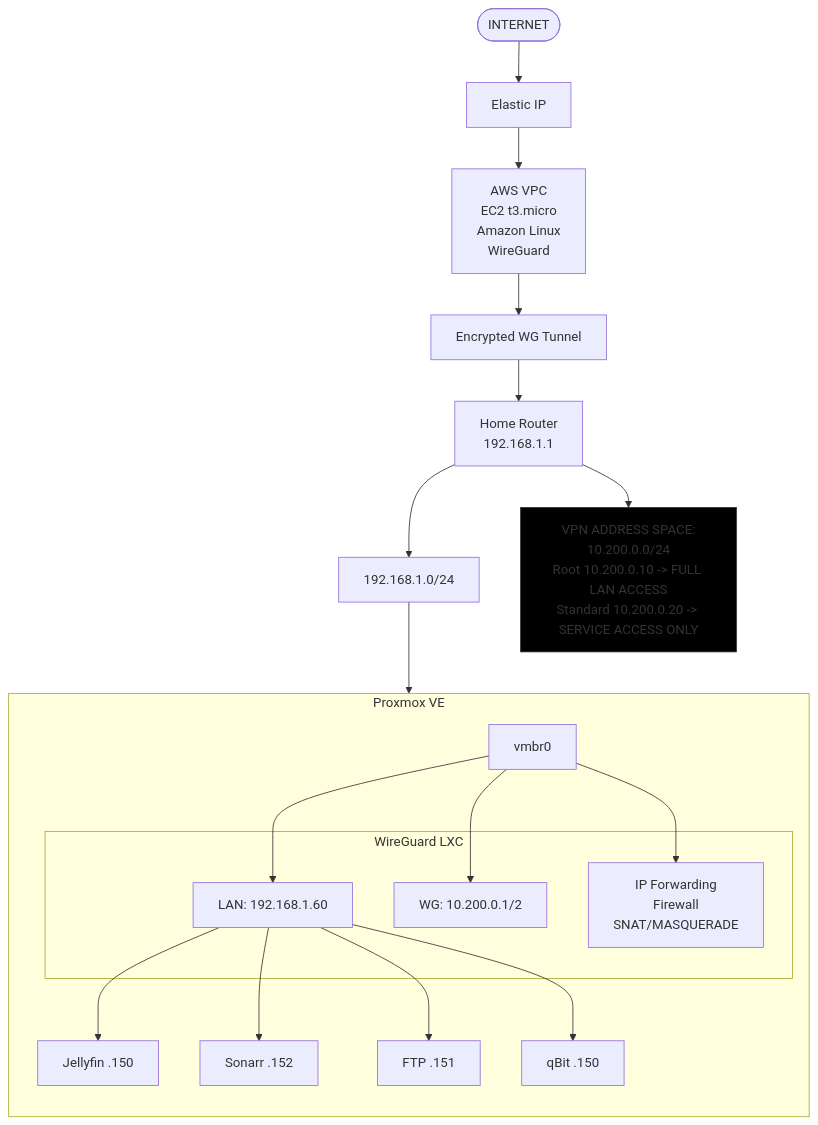
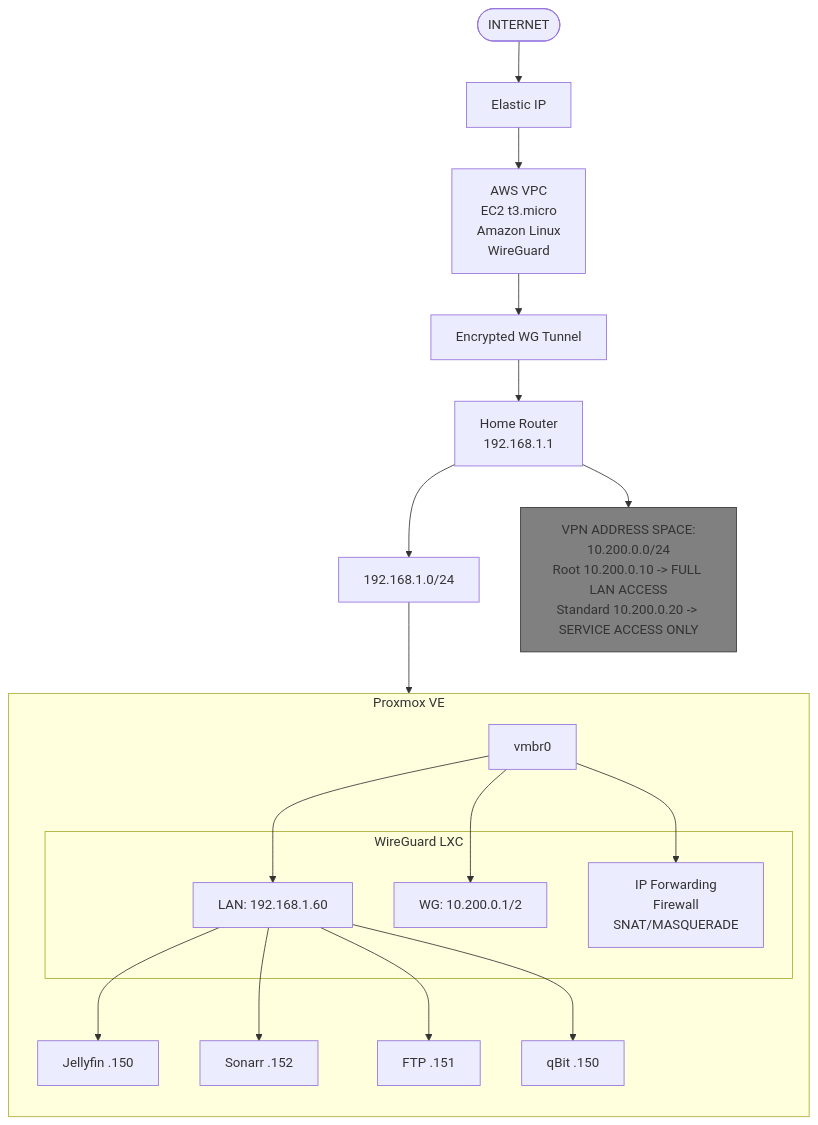
The second of 6 diagrams in Homelab VPN/homelab-vpn-hld-lld.md (devarshinichite/aws-cloud-journey), drawn with Mermaid before and after one commit.

Commit message:
HOMELAB VPN

````diff
--- a/Homelab VPN/homelab-vpn-hld-lld.md
+++ b/Homelab VPN/homelab-vpn-hld-lld.md
@@ -224,31 +224,31 @@
 ```mermaid
 flowchart TB
     Internet([INTERNET]) --> ElasticIP["Elastic IP"]
     ElasticIP --> EC2["AWS VPC\nEC2 t3.micro\nAmazon Linux\nWireGuard"]
     EC2 --> Tunnel["Encrypted WG Tunnel"]
     Tunnel --> Router["Home Router\n192.168.1.1"]
     Router --> LAN["192.168.1.0/24"]
 
     subgraph Proxmox [Proxmox VE]
         direction TB
         vmbr0["vmbr0"]
         subgraph WG_LXC [WireGuard LXC]
             WG_LXC_LAN["LAN: 192.168.1.60"]
             WG_LXC_WG["WG: 10.200.0.1/2"]
             WG_LXC_FW["IP Forwarding\nFirewall\nSNAT/MASQUERADE"]
         end
         vmbr0 --> WG_LXC_LAN
         vmbr0 --> WG_LXC_WG
         vmbr0 --> WG_LXC_FW
         WG_LXC_LAN --> Jellyfin["Jellyfin .150"]
         WG_LXC_LAN --> Sonarr["Sonarr .152"]
         WG_LXC_LAN --> FTP["FTP .151"]
         WG_LXC_LAN --> QBit["qBit .150"]
     end
 
     LAN --> Proxmox
 
-    classDef note fill:#000,stroke:#333,stroke-width:1px;
+    classDef note fill:#808080,stroke:#333,stroke-width:1px;
     note["VPN ADDRESS SPACE:\n10.200.0.0/24\nRoot 10.200.0.10 -> FULL LAN ACCESS\nStandard 10.200.0.20 -> SERVICE ACCESS ONLY"]:::note
     Router --> note
 ```
````
